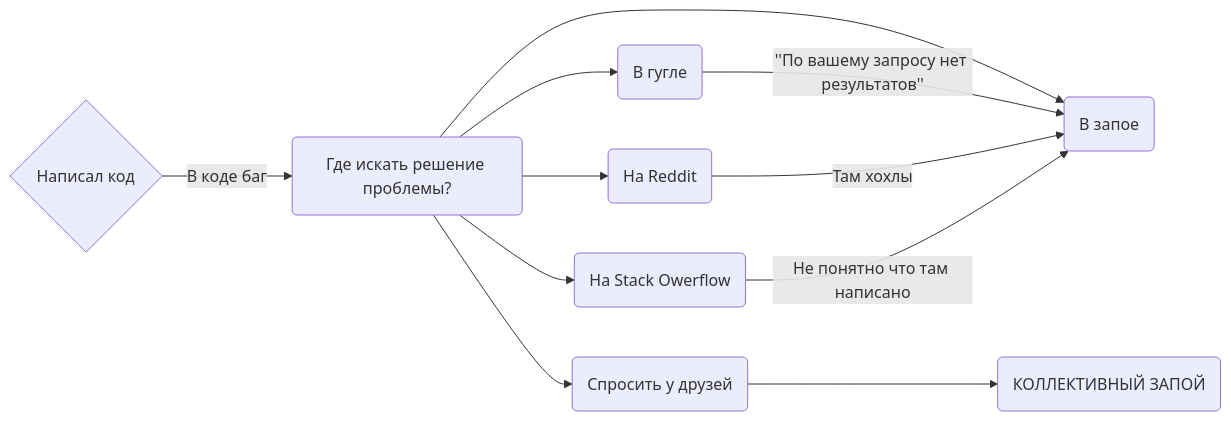
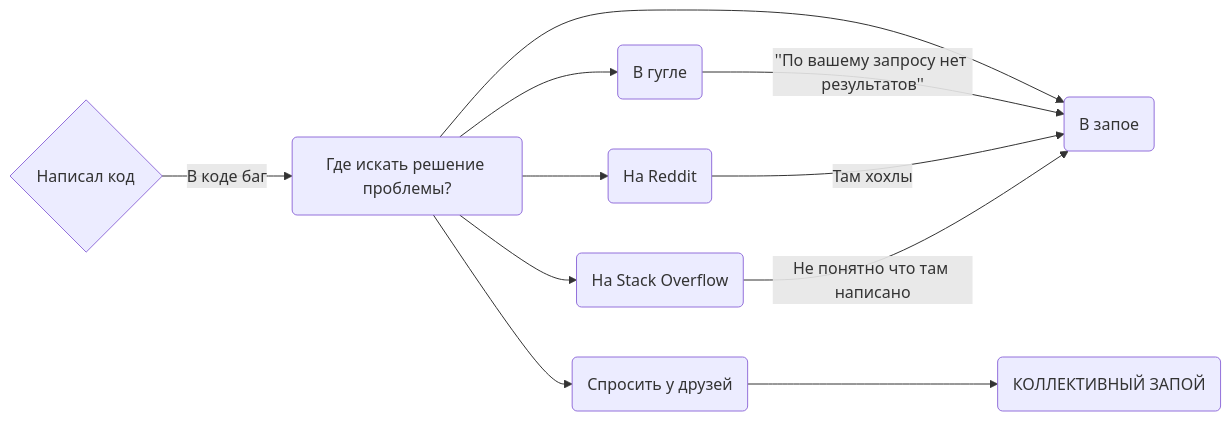
Before and after one commit to StirlitzMuller1489/afasfasfasf: the third of 3 diagrams in README.md, drawn with Mermaid.

````diff
--- a/README.md
+++ b/README.md
@@ -35,13 +35,13 @@
 ```mermaid
 flowchart LR
  A{Написал код} -->|В коде баг|B(Где искать решение проблемы?)
 B -->C(В запое)
 B -->D(В гугле)
 D -->|''По вашему запросу нет результатов''|C
 B -->E(На Reddit)
 E -->|Там хохлы|C
-B -->F(На Stack Owerflow)
+B -->F(На Stack Overflow)
 F -->|Не понятно что там написано|C
 B -->G(Спросить у друзей)
 G -->Y(КОЛЛЕКТИВНЫЙ ЗАПОЙ)
 ```
````
